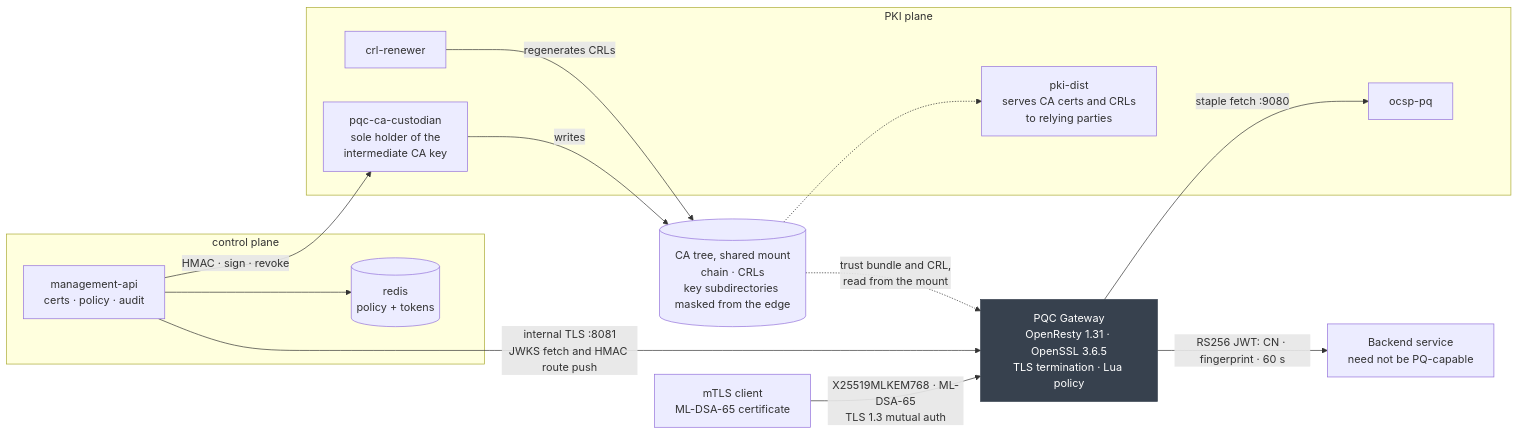
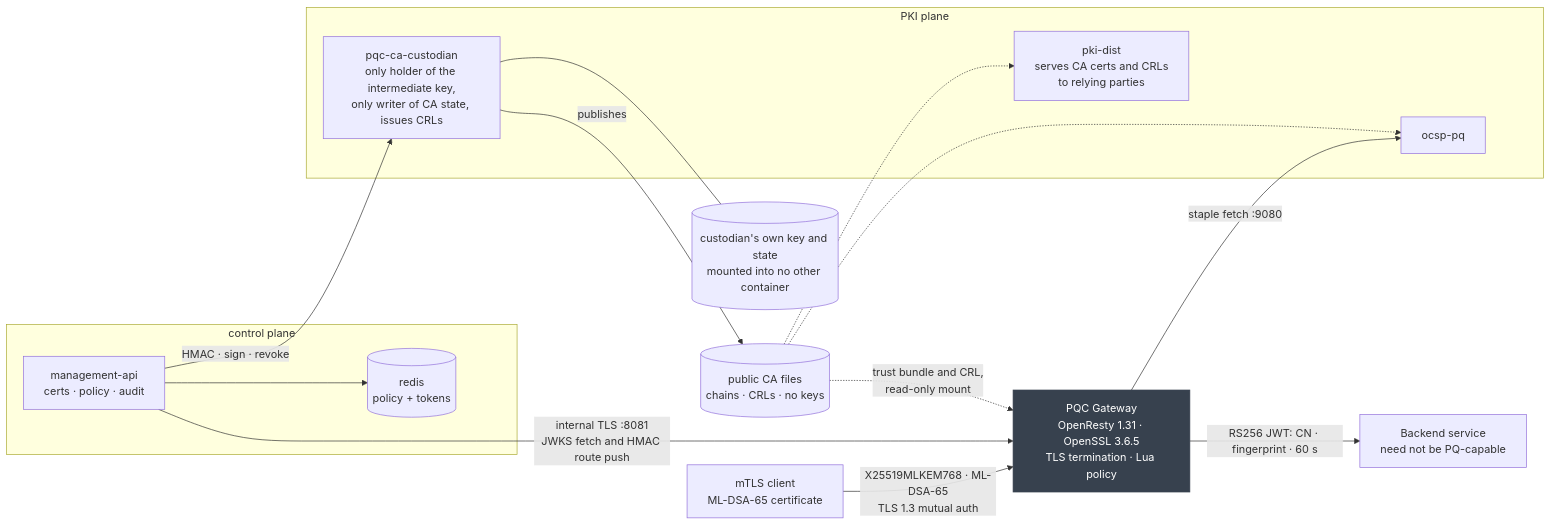
Before and after one commit to PQC-RA/pqc-mtls-gateway: the diagram in README.md, drawn with Mermaid. The commit also changed other lines of this file and 2 other files, not shown here.

First line of the commit message:
docs: one holder of the CA key, the custodian as CRL issuer, the migration runbook (ADR-024 PR 4b)

````diff
--- a/README.md
+++ b/README.md
@@ -71,33 +71,34 @@
 ```mermaid
 flowchart LR
   C["mTLS client<br/>ML-DSA-65 certificate"]
   GW["PQC Gateway<br/>OpenResty 1.31 · OpenSSL 3.6.5<br/>TLS termination · Lua policy"]
   BE["Backend service<br/>need not be PQ-capable"]
 
   subgraph CP["control plane"]
     MA["management-api<br/>certs · policy · audit"]
     RD[("redis<br/>policy + tokens")]
   end
 
   subgraph PK["PKI plane"]
-    CU["pqc-ca-custodian<br/>sole holder of the<br/>intermediate CA key"]
+    CU["pqc-ca-custodian<br/>only holder of the intermediate key,<br/>only writer of CA state, issues CRLs"]
     OC["ocsp-pq"]
-    CR["crl-renewer"]
     PD["pki-dist<br/>serves CA certs and CRLs<br/>to relying parties"]
   end
 
-  TREE[("CA tree, shared mount<br/>chain · CRLs<br/>key subdirectories masked from the edge")]
+  KS[("custodian's own key and state<br/>mounted into no other container")]
+  PUB[("public CA files<br/>chains · CRLs · no keys")]
 
   C -->|"X25519MLKEM768 · ML-DSA-65<br/>TLS 1.3 mutual auth"| GW
   GW -->|"RS256 JWT: CN · fingerprint · 60 s"| BE
   MA -->|"internal TLS :8081<br/>JWKS fetch and HMAC route push"| GW
   MA --> RD
   MA -->|"HMAC · sign · revoke"| CU
   GW -->|"staple fetch :9080"| OC
-  CU -->|"writes"| TREE
-  CR -->|"regenerates CRLs"| TREE
-  TREE -.->|"trust bundle and CRL,<br/>read from the mount"| GW
-  TREE -.-> PD
+  CU --- KS
+  CU -->|"publishes"| PUB
+  PUB -.->|"trust bundle and CRL,<br/>read-only mount"| GW
+  PUB -.-> PD
+  PUB -.-> OC
 
   style GW fill:#37414E,stroke:#37414E,color:#ffffff
 ```
````
